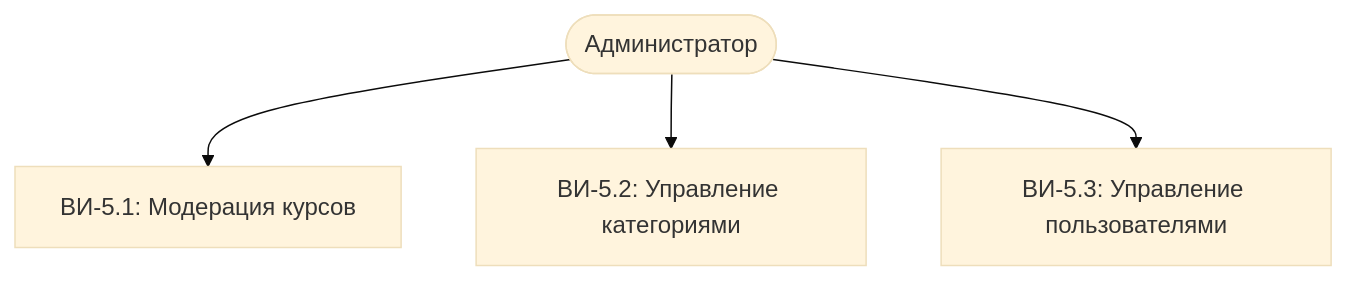
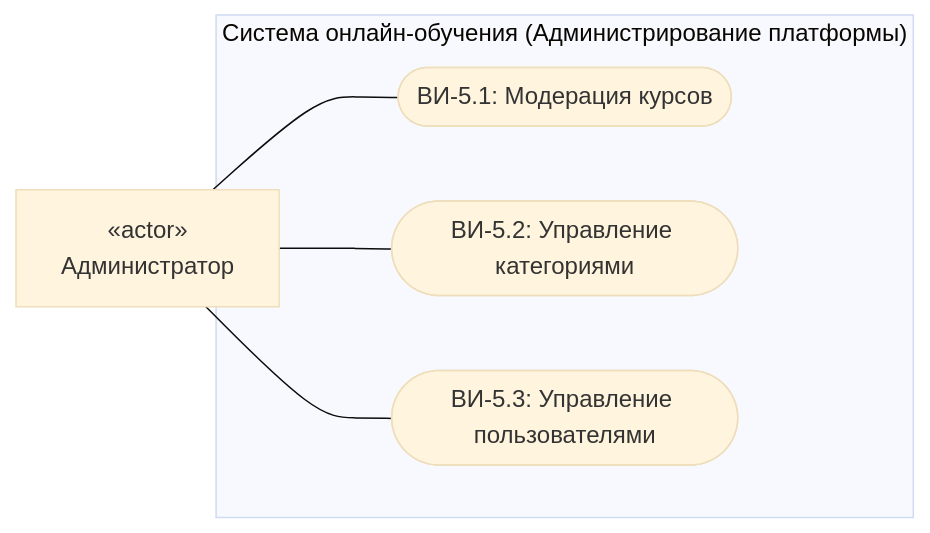
Before and after one commit to DrMozq/it-2026: the fifth of 5 diagrams in projects/10/03-Системный аналитик/Варианты использования.md, drawn with Mermaid (base theme). The commit also changed other lines of this file and 4 other files, not shown here.

Commit message:
team 10: fix audit comments - remove English titles, shorten intros, Russian labels, UML notation, NFR cleanup

````diff
--- a/projects/10/03-Системный аналитик/Варианты использования.md
+++ b/projects/10/03-Системный аналитик/Варианты использования.md
@@ -59,6 +123,14 @@
 ```mermaid
-flowchart TD
-    A(["Администратор"]) --> UC17["ВИ-5.1: Модерация курсов"]
-    A --> UC18["ВИ-5.2: Управление категориями"]
-    A --> UC19["ВИ-5.3: Управление пользователями"]
+flowchart LR
+    Администратор["«actor»<br/>Администратор"]
+
+    subgraph ГраницаСистемы4 ["Система онлайн-обучения (Администрирование платформы)"]
+        ВИ_МодерацияКурсов(["ВИ-5.1: Модерация курсов"])
+        ВИ_УправлениеКатегориями(["ВИ-5.2: Управление категориями"])
+        ВИ_УправлениеПользователями(["ВИ-5.3: Управление пользователями"])
+    end
+
+    Администратор --- ВИ_МодерацияКурсов
+    Администратор --- ВИ_УправлениеКатегориями
+    Администратор --- ВИ_УправлениеПользователями
 ```
````
